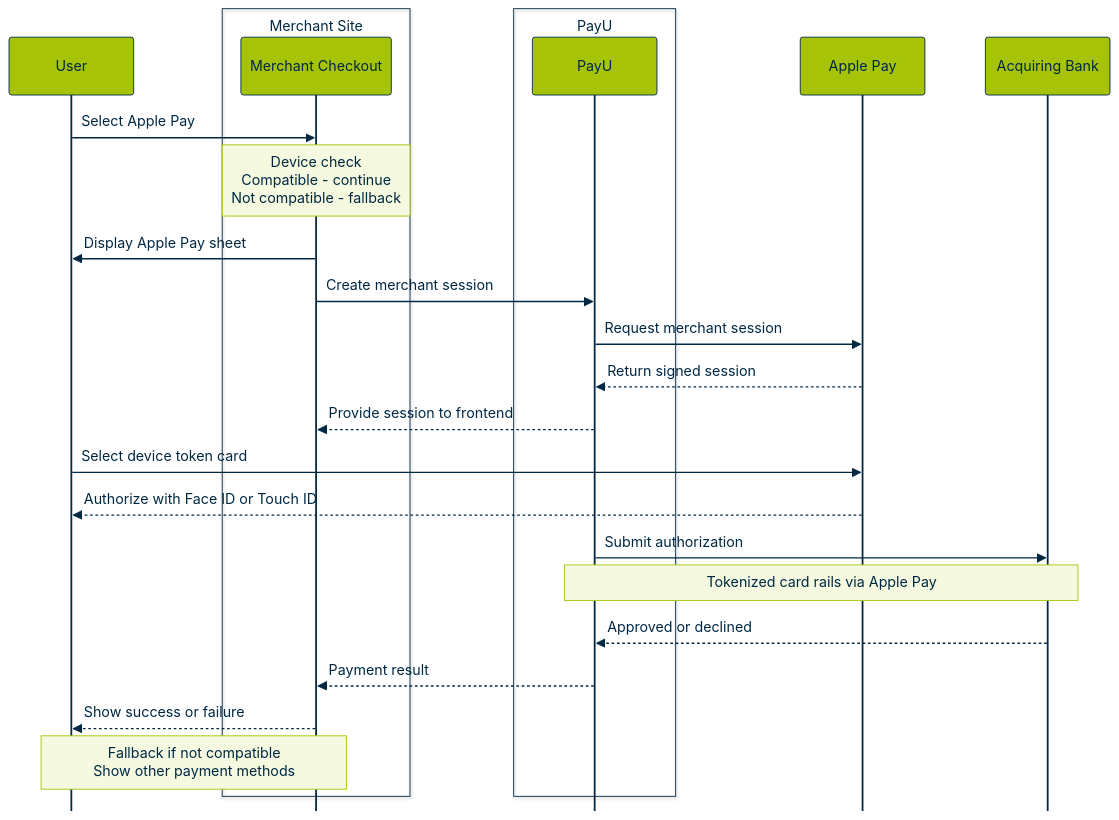
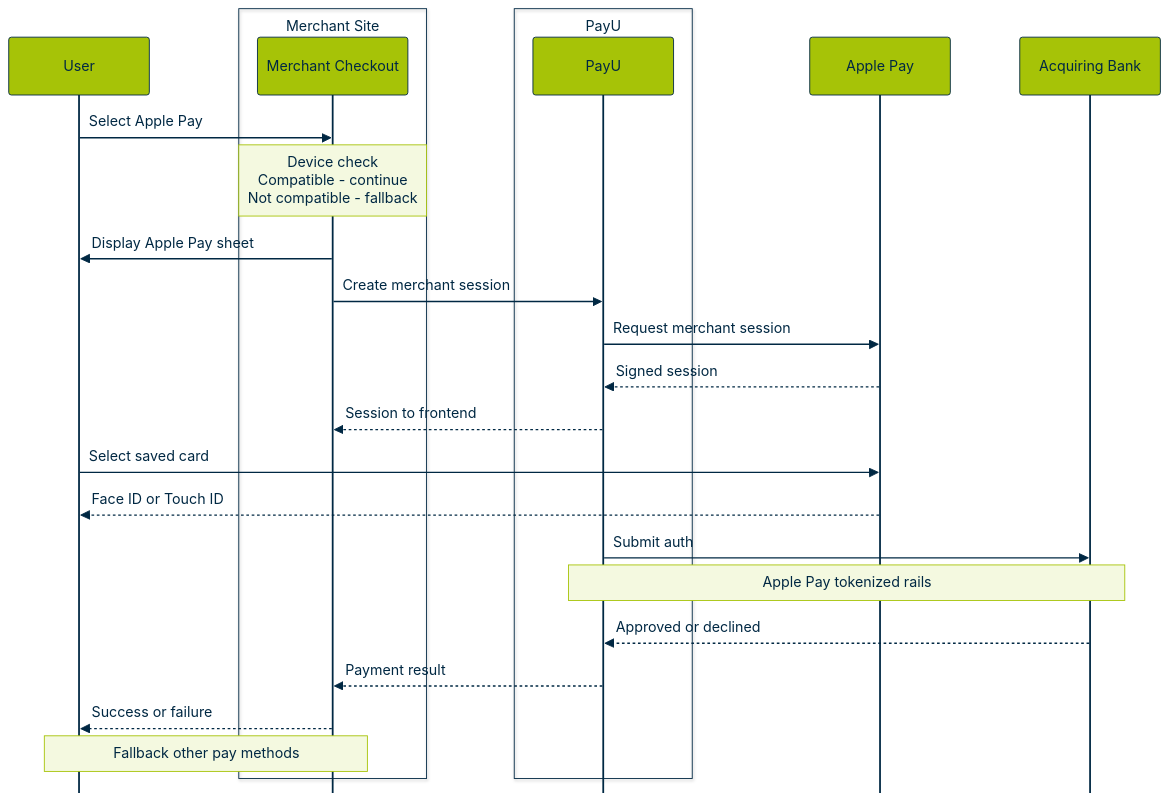
Before and after one commit to payu-india/CMS-Chatbot: the fifth of 17 diagrams in docs/RECYCLE BIN/internal-review-swimlane-diagrams.md, drawn with Mermaid. The commit also changed other lines of this file, not shown here.

Commit message:
Update doc `internal-review-swimlane-diagrams`

````diff
--- a/docs/RECYCLE BIN/internal-review-swimlane-diagrams.md
+++ b/docs/RECYCLE BIN/internal-review-swimlane-diagrams.md
@@ -305,11 +312,11 @@
     "fontSize": 10,
     "actorFontSize": 10,
     "noteFontSize": 10,
-    "actorMargin": 68,
-    "width": 140,
+    "actorMargin": 78,
+    "width": 158,
     "boxMargin": 8,
-    "messageMargin": 32,
-    "diagramMarginX": 45,
+    "messageMargin": 34,
+    "diagramMarginX": 48,
     "diagramMarginY": 16
   },
   "themeVariables": {
@@ -363,18 +370,18 @@
     Merchant->>User: Display Apple Pay sheet
     Merchant->>PayU: Create merchant session
     PayU->>Apple: Request merchant session
-    Apple-->>PayU: Return signed session
-    PayU-->>Merchant: Provide session to frontend
+    Apple-->>PayU: Signed session
+    PayU-->>Merchant: Session to frontend
 
-    User->>Apple: Select device token card
-    Apple-->>User: Authorize with Face ID or Touch ID
+    User->>Apple: Select saved card
+    Apple-->>User: Face ID or Touch ID
 
-    PayU->>Bank: Submit authorization
-    Note over PayU,Bank: Tokenized card rails via Apple Pay
+    PayU->>Bank: Submit auth
+    Note over PayU,Bank: Apple Pay tokenized rails
 
     Bank-->>PayU: Approved or declined
     PayU-->>Merchant: Payment result
-    Merchant-->>User: Show success or failure
+    Merchant-->>User: Success or failure
 
-    Note over User,Merchant: Fallback if not compatible<br/>Show other payment methods
+    Note over User,Merchant: Fallback other pay methods
 ```
````
